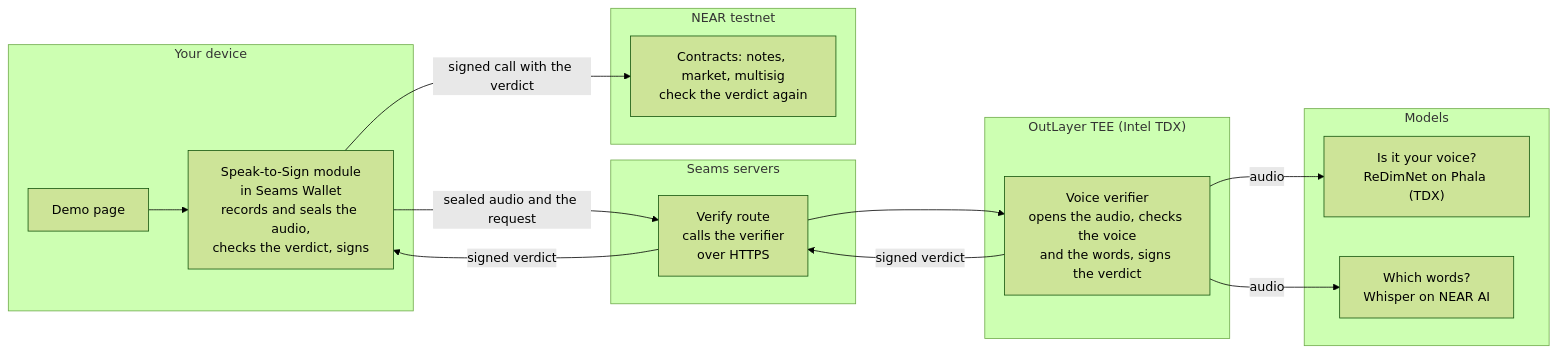
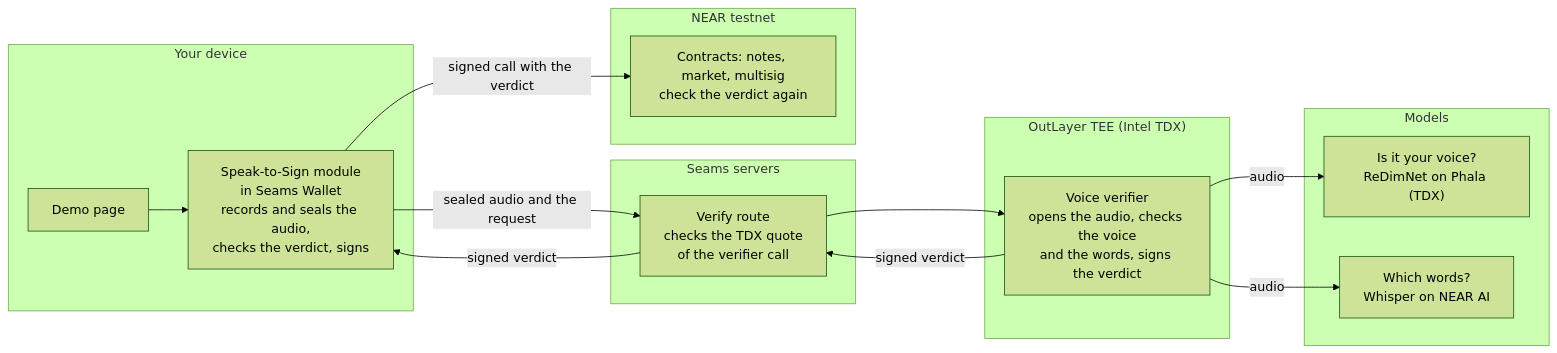
Before and after one commit to seams-tech/speak-to-sign: the first of 2 diagrams in README.md, drawn with Mermaid (forest theme). The commit also changed other lines of this file and 5 other files, not shown here.

Commit message:
Docs: live verify route TDX check, remove in-progress section, voice-capture 0.70.6

````diff
--- a/README.md
+++ b/README.md
@@ -88,33 +88,33 @@
 ```mermaid
 flowchart LR
   subgraph Device["Your device"]
     Page["Demo page"]
     Wallet["Speak-to-Sign module<br/>in Seams Wallet<br/>records and seals the audio,<br/>checks the verdict, signs"]
   end
 
   subgraph Seams["Seams servers"]
-    Route["Verify route<br/>calls the verifier<br/>over HTTPS"]
+    Route["Verify route<br/>checks the TDX quote<br/>of the verifier call"]
   end
 
   subgraph OutLayer["OutLayer TEE (Intel TDX)"]
     Verifier["Voice verifier<br/>opens the audio, checks the voice<br/>and the words, signs the verdict"]
   end
 
   subgraph Models["Models"]
     Speaker["Is it your voice?<br/>ReDimNet on Phala (TDX)"]
     Whisper["Which words?<br/>Whisper on NEAR AI"]
   end
 
   subgraph Chain["NEAR testnet"]
     Contracts["Contracts: notes, market, multisig<br/>check the verdict again"]
   end
 
   Page --> Wallet
   Wallet -->|"sealed audio and the request"| Route
   Route --> Verifier
   Verifier -->|"audio"| Speaker
   Verifier -->|"audio"| Whisper
   Verifier -->|"signed verdict"| Route
   Route -->|"signed verdict"| Wallet
   Wallet -->|"signed call with the verdict"| Contracts
 ```
````
